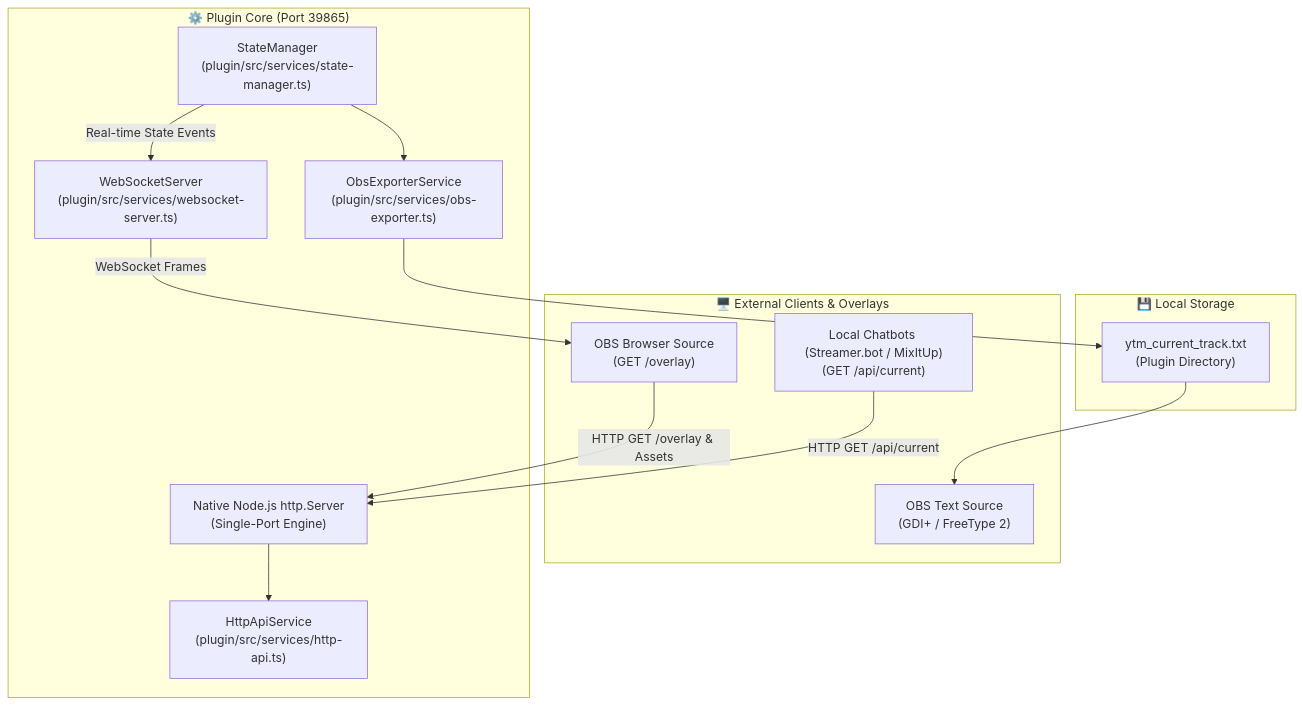
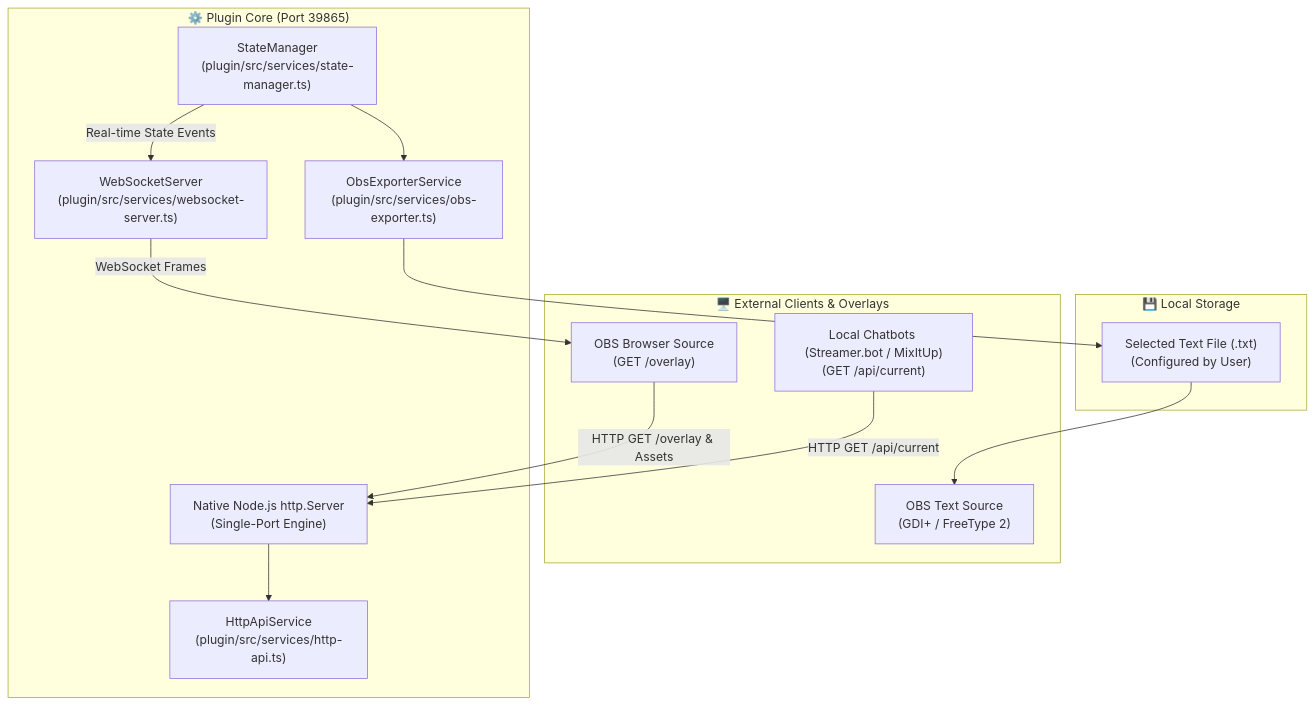
Before and after one commit to Smok3y97/ytm-web-controller: the second of 2 diagrams in docs/architecture.md, drawn with Mermaid. The commit also changed other lines of this file and 71 other files, not shown here.

First line of the commit message:
feat(plugin): migrate to Elgato SDK v3 & Node.js 24, add range sliders, and enhance OBS text file picker

````diff
--- a/docs/architecture.md
+++ b/docs/architecture.md
@@ -282,32 +283,32 @@
 ```mermaid
 graph TD
     subgraph ClientLayer ["🖥️ External Clients & Overlays"]
         OBS_BROWSER["OBS Browser Source\n(GET /overlay)"]
         CHATBOT["Local Chatbots (Streamer.bot / MixItUp)\n(GET /api/current)"]
         OBS_TEXT["OBS Text Source\n(GDI+ / FreeType 2)"]
     end
 
     subgraph ServerLayer ["⚙️ Plugin Core (Port 39865)"]
         HTTP_SRV["Native Node.js http.Server\n(Single-Port Engine)"]
         API["HttpApiService\n(plugin/src/services/http-api.ts)"]
         WS["WebSocketServer\n(plugin/src/services/websocket-server.ts)"]
         OBS_SVC["ObsExporterService\n(plugin/src/services/obs-exporter.ts)"]
         STATE["StateManager\n(plugin/src/services/state-manager.ts)"]
     end
 
     subgraph StorageLayer ["💾 Local Storage"]
-        TXT_FILE["ytm_current_track.txt\n(Plugin Directory)"]
+        TXT_FILE["Selected Text File (.txt)\n(Configured by User)"]
     end
 
     OBS_BROWSER -- "HTTP GET /overlay & Assets" --> HTTP_SRV
     CHATBOT -- "HTTP GET /api/current" --> HTTP_SRV
     
     HTTP_SRV --> API
     
     STATE --> OBS_SVC
     OBS_SVC --> TXT_FILE
     TXT_FILE --> OBS_TEXT
     
     STATE -- "Real-time State Events" --> WS
     WS -- "WebSocket Frames" --> OBS_BROWSER
 ```
````
